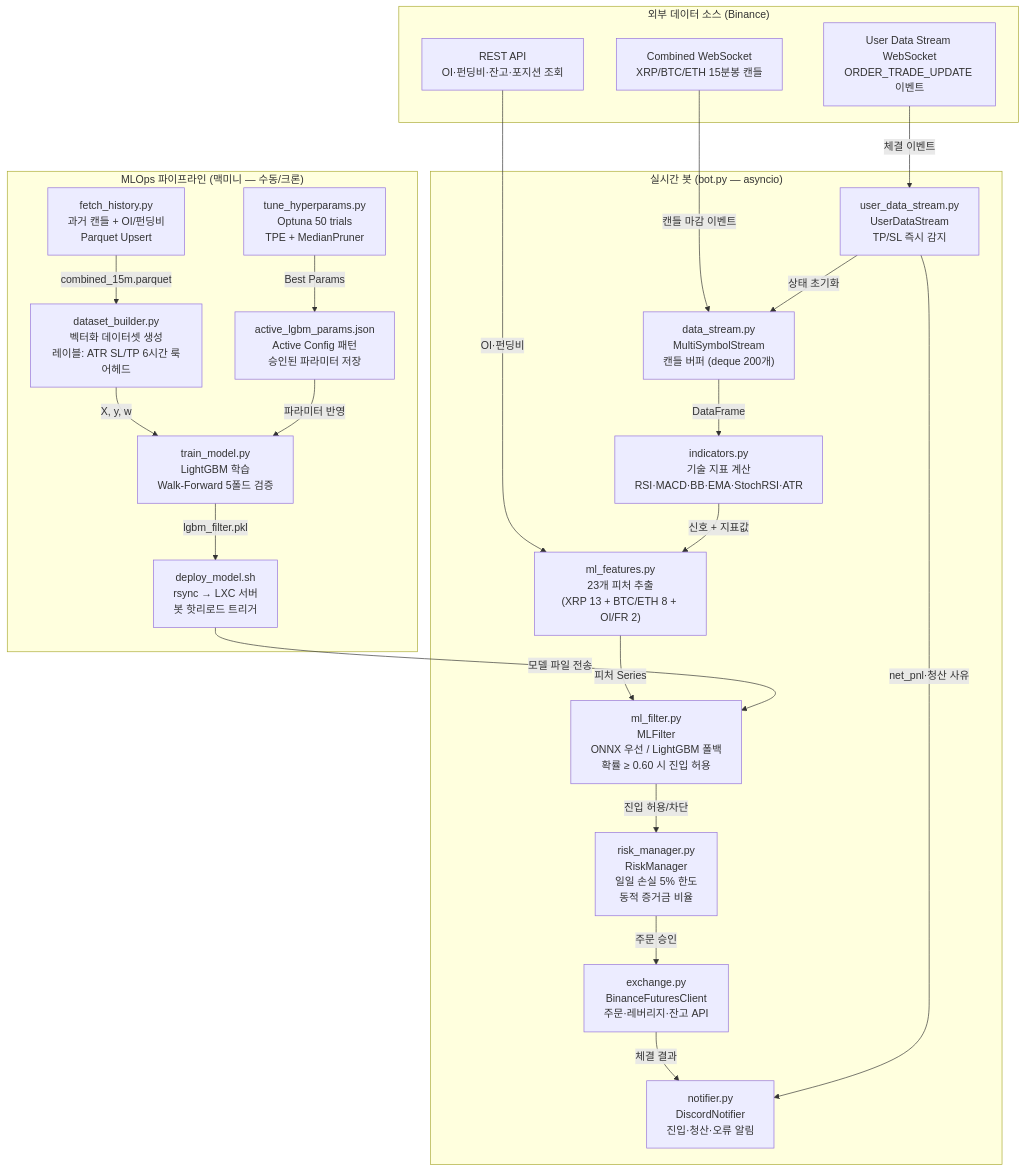
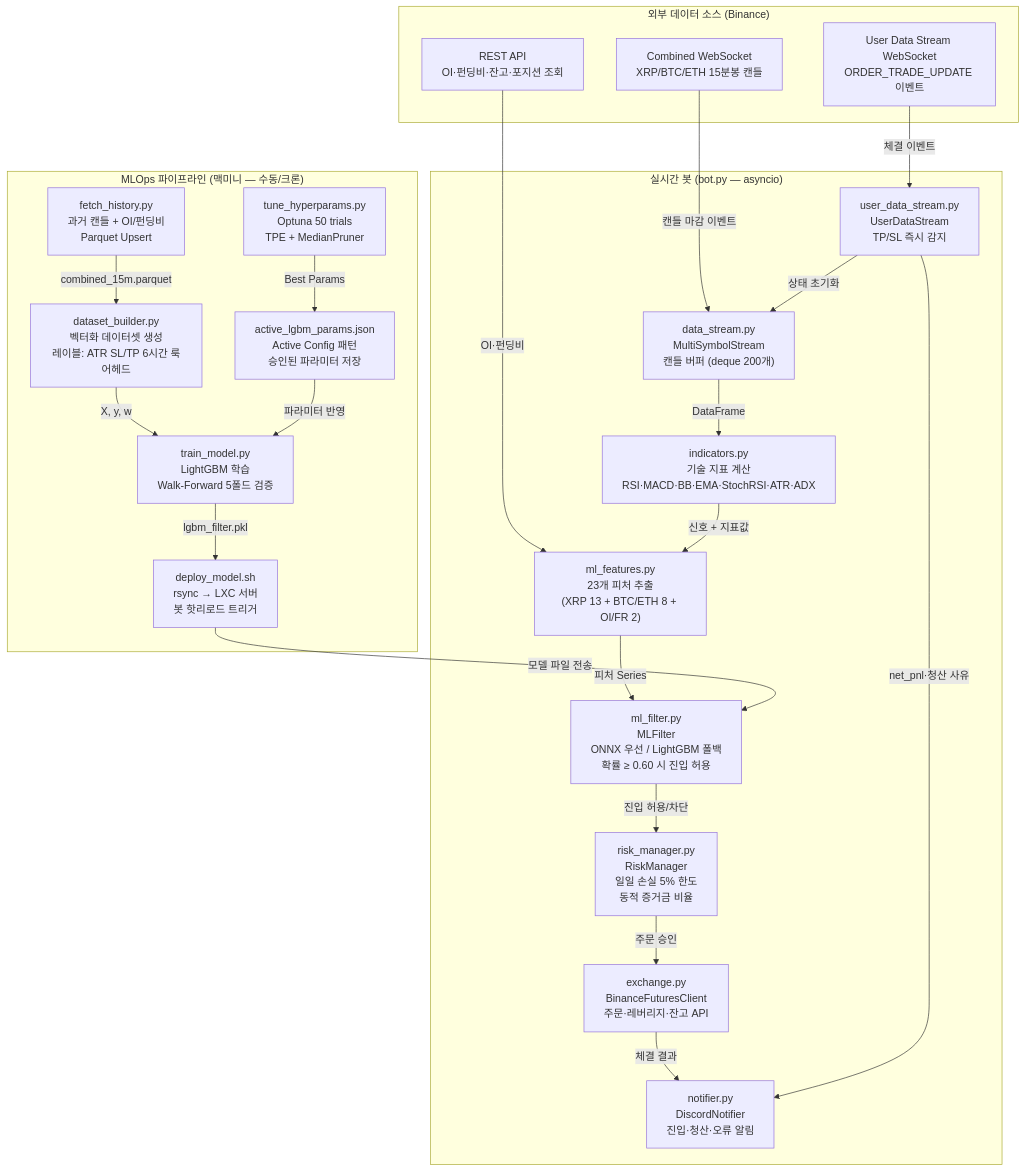
Before and after one commit to 21in7/cointrader: the first of 4 diagrams in ARCHITECTURE.md, drawn with Mermaid. The commit also changed other lines of this file and 2 other files, not shown here.

Commit message:
feat: add HOLD negative sampling to dataset_builder
Add negative_ratio parameter to generate_dataset_vectorized() that
samples HOLD candles as label=0 negatives alongside signal candles.
This increases training data from ~535 to ~3,200 samples when enabled.

- Split valid_rows into base_valid (shared) and sig_valid (signal-only)
- Add 'source' column ("signal" vs "hold_negative") for traceability
- HOLD samples get label=0 and random 50/50 side assignment
- Default negative_ratio=0 preserves backward compatibility
- Fix incorrect column count assertion in existing test

````diff
--- a/ARCHITECTURE.md
+++ b/ARCHITECTURE.md
@@ -24,47 +24,47 @@
 ```mermaid
 flowchart TD
     subgraph 외부["외부 데이터 소스 (Binance)"]
-        WS1["Combined WebSocket\nXRP/BTC/ETH 15분봉 캔들"]
-        WS2["User Data Stream WebSocket\nORDER_TRADE_UPDATE 이벤트"]
-        REST["REST API\nOI·펀딩비·잔고·포지션 조회"]
+        WS1["Combined WebSocket<br/>XRP/BTC/ETH 15분봉 캔들"]
+        WS2["User Data Stream WebSocket<br/>ORDER_TRADE_UPDATE 이벤트"]
+        REST["REST API<br/>OI·펀딩비·잔고·포지션 조회"]
     end
 
     subgraph 실시간봇["실시간 봇 (bot.py — asyncio)"]
-        DS["data_stream.py\nMultiSymbolStream\n캔들 버퍼 (deque 200개)"]
-        IND["indicators.py\n기술 지표 계산\nRSI·MACD·BB·EMA·StochRSI·ATR"]
-        MF["ml_features.py\n23개 피처 추출\n(XRP 13 + BTC/ETH 8 + OI/FR 2)"]
-        ML["ml_filter.py\nMLFilter\nONNX 우선 / LightGBM 폴백\n확률 ≥ 0.60 시 진입 허용"]
-        RM["risk_manager.py\nRiskManager\n일일 손실 5% 한도\n동적 증거금 비율"]
-        EX["exchange.py\nBinanceFuturesClient\n주문·레버리지·잔고 API"]
-        UDS["user_data_stream.py\nUserDataStream\nTP/SL 즉시 감지"]
-        NT["notifier.py\nDiscordNotifier\n진입·청산·오류 알림"]
+        DS["data_stream.py<br/>MultiSymbolStream<br/>캔들 버퍼 (deque 200개)"]
+        IND["indicators.py<br/>기술 지표 계산<br/>RSI·MACD·BB·EMA·StochRSI·ATR·ADX"]
+        MF["ml_features.py<br/>23개 피처 추출<br/>(XRP 13 + BTC/ETH 8 + OI/FR 2)"]
+        ML["ml_filter.py<br/>MLFilter<br/>ONNX 우선 / LightGBM 폴백<br/>확률 ≥ 0.60 시 진입 허용"]
+        RM["risk_manager.py<br/>RiskManager<br/>일일 손실 5% 한도<br/>동적 증거금 비율"]
+        EX["exchange.py<br/>BinanceFuturesClient<br/>주문·레버리지·잔고 API"]
+        UDS["user_data_stream.py<br/>UserDataStream<br/>TP/SL 즉시 감지"]
+        NT["notifier.py<br/>DiscordNotifier<br/>진입·청산·오류 알림"]
     end
 
     subgraph mlops["MLOps 파이프라인 (맥미니 — 수동/크론)"]
-        FH["fetch_history.py\n과거 캔들 + OI/펀딩비\nParquet Upsert"]
-        DB["dataset_builder.py\n벡터화 데이터셋 생성\n레이블: ATR SL/TP 6시간 룩어헤드"]
-        TM["train_model.py\nLightGBM 학습\nWalk-Forward 5폴드 검증"]
-        TN["tune_hyperparams.py\nOptuna 50 trials\nTPE + MedianPruner"]
-        AP["active_lgbm_params.json\nActive Config 패턴\n승인된 파라미터 저장"]
-        DM["deploy_model.sh\nrsync → LXC 서버\n봇 핫리로드 트리거"]
+        FH["fetch_history.py<br/>과거 캔들 + OI/펀딩비<br/>Parquet Upsert"]
+        DB["dataset_builder.py<br/>벡터화 데이터셋 생성<br/>레이블: ATR SL/TP 6시간 룩어헤드"]
+        TM["train_model.py<br/>LightGBM 학습<br/>Walk-Forward 5폴드 검증"]
+        TN["tune_hyperparams.py<br/>Optuna 50 trials<br/>TPE + MedianPruner"]
+        AP["active_lgbm_params.json<br/>Active Config 패턴<br/>승인된 파라미터 저장"]
+        DM["deploy_model.sh<br/>rsync → LXC 서버<br/>봇 핫리로드 트리거"]
     end
 
     WS1 -->|캔들 마감 이벤트| DS
     WS2 -->|체결 이벤트| UDS
     REST -->|OI·펀딩비| MF
     DS -->|DataFrame| IND
     IND -->|신호 + 지표값| MF
     MF -->|피처 Series| ML
     ML -->|진입 허용/차단| RM
     RM -->|주문 승인| EX
     EX -->|체결 결과| NT
     UDS -->|net_pnl·청산 사유| NT
     UDS -->|상태 초기화| DS
 
     FH -->|combined_15m.parquet| DB
     DB -->|X, y, w| TM
     TM -->|lgbm_filter.pkl| DM
     TN -->|Best Params| AP
     AP -->|파라미터 반영| TM
     DM -->|모델 파일 전송| ML
 ```
````
